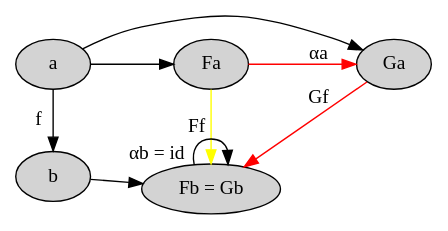
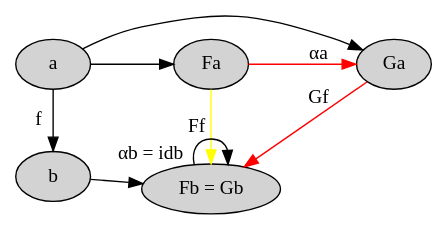
One commit to evenbrenden/ct4p-challenges changed the diagram in chapter17-challenge1-part4.dot. Above: the diagram before and after it, drawn with Graphviz. The commit also changed 14 other files, not shown here.

```diff
--- a/chapter17-challenge1-part4.dot
+++ b/chapter17-challenge1-part4.dot
@@ -1,22 +1,22 @@
 digraph {
   node [style="filled" color="black" fillcolor="lightgray"]
 
   rankdir=LR
   { rank=same a b }
   { rank=same Fa FbGb }
 
   a [label="a"]
   b [label="b"]
   Fa [label="Fa"]
   Ga [label="Ga"]
   FbGb [label="Fb = Gb"]
 
   a -> b [label="f"]
   a -> Fa
   a -> Ga
   b -> FbGb
-  FbGb -> FbGb [xlabel="αb = id"]
+  FbGb -> FbGb [xlabel="αb = idb"]
   Fa -> Ga [label="αa" color="red"]
   Ga -> FbGb [label="Gf" color="red"]
   Fa -> FbGb [label="Ff" color="yellow"]
 }
```
